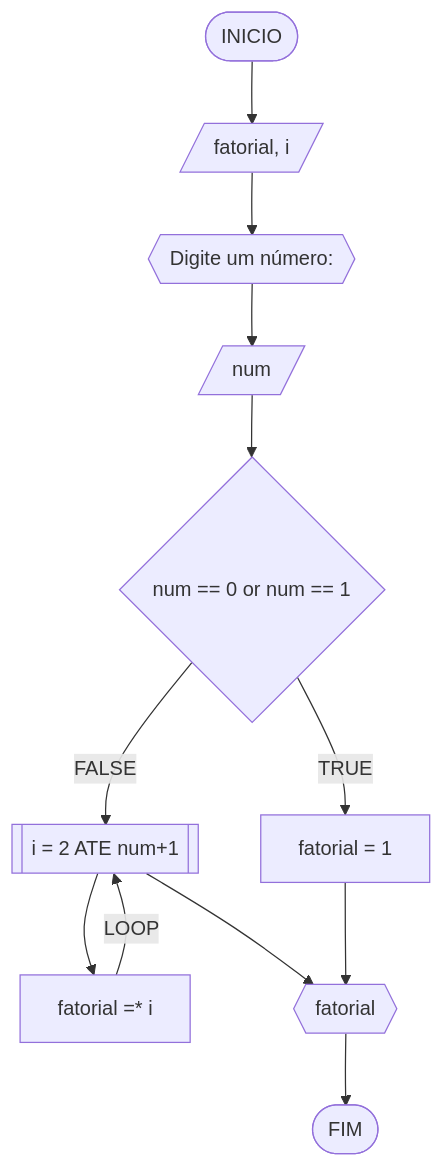
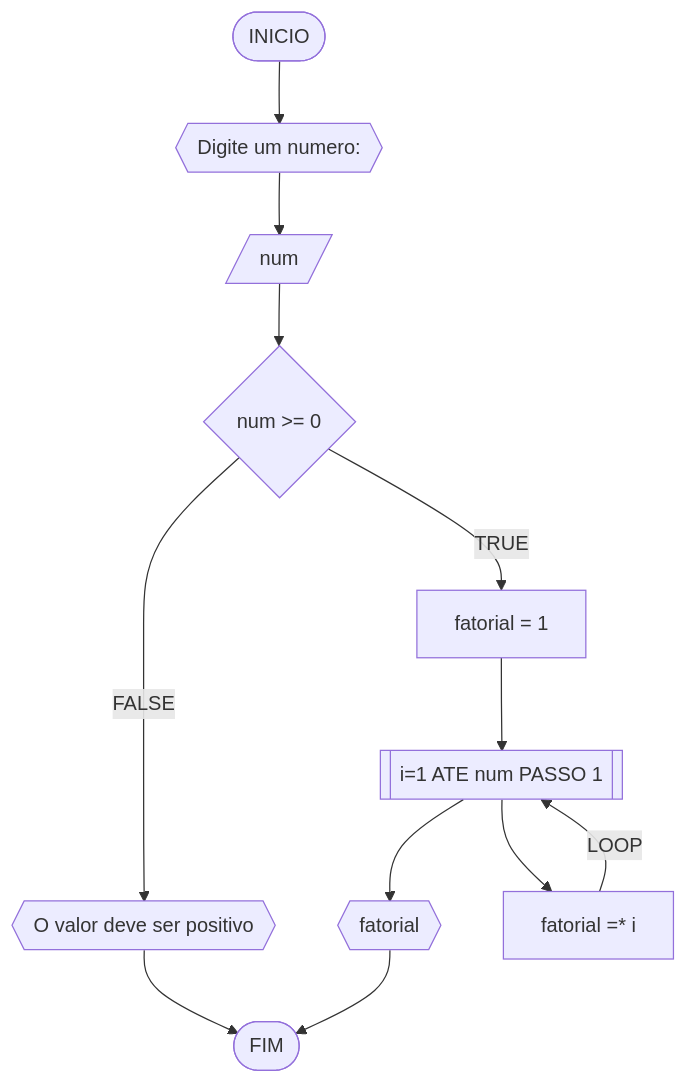
The fifth of 7 diagrams in RLA/unidade1/AD1.md (AlissonFT2/unifor), drawn with Mermaid before and after one commit. The commit also changed other lines of this file, not shown here.

Commit message:
Update AD1.md
fix

````diff
--- a/RLA/unidade1/AD1.md
+++ b/RLA/unidade1/AD1.md
@@ -255,16 +255,14 @@
 ```mermaid
 flowchart TD
-A([INICIO]) --> Z[/fatorial, i/] 
-Z --> B{{Digite um número: }}
+A([INICIO]) --> B{{Digite um numero: }}
 B --> C[/num/]
-C --> D{num == 0 or num == 1}
-
+C --> D{num >= 0}
 D --TRUE--> E[fatorial = 1]
-
-D --FALSE--> F[[i = 2 ATE num+1]]
+D --FALSE--> J{{O valor deve ser positivo}}
+J --> I([FIM])
+E --> F[[i=1 ATE num PASSO 1]]
+F --> H{{fatorial}}
 F --> G[fatorial =* i]
 G --LOOP--> F
-F & E --> H{{fatorial}}
-H --> Y([FIM])
-
+H --> I
 ```
````
